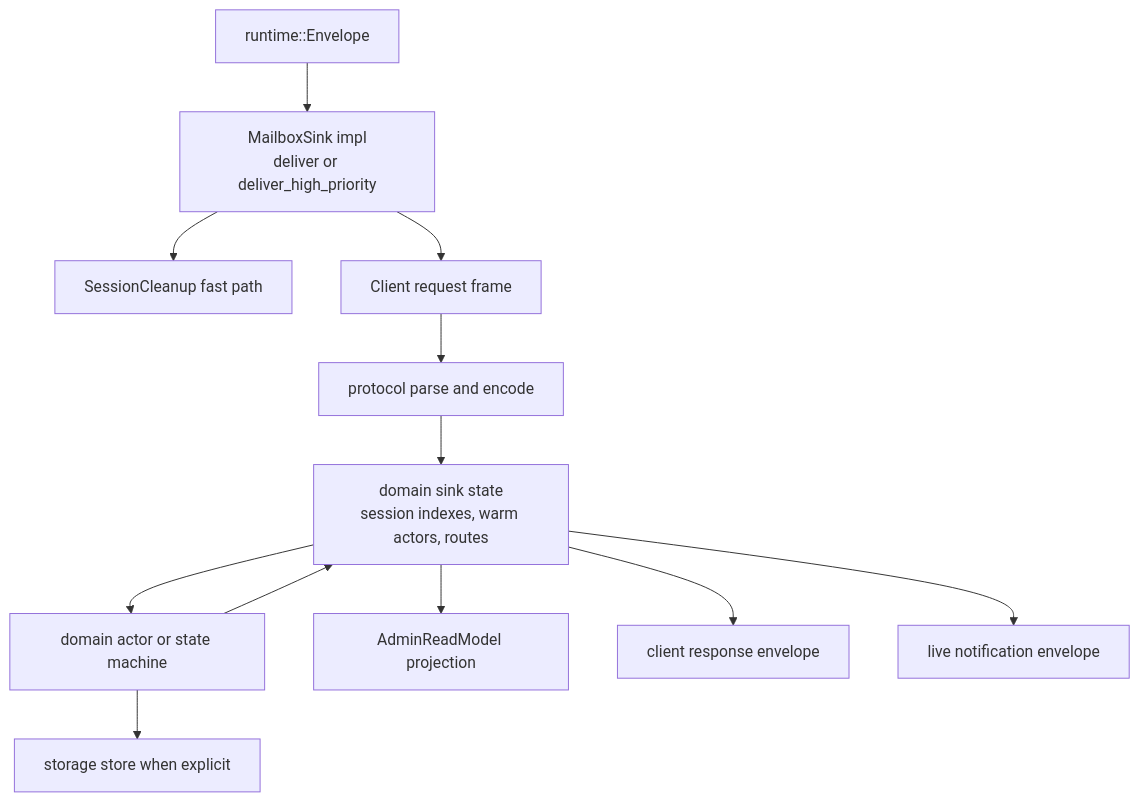
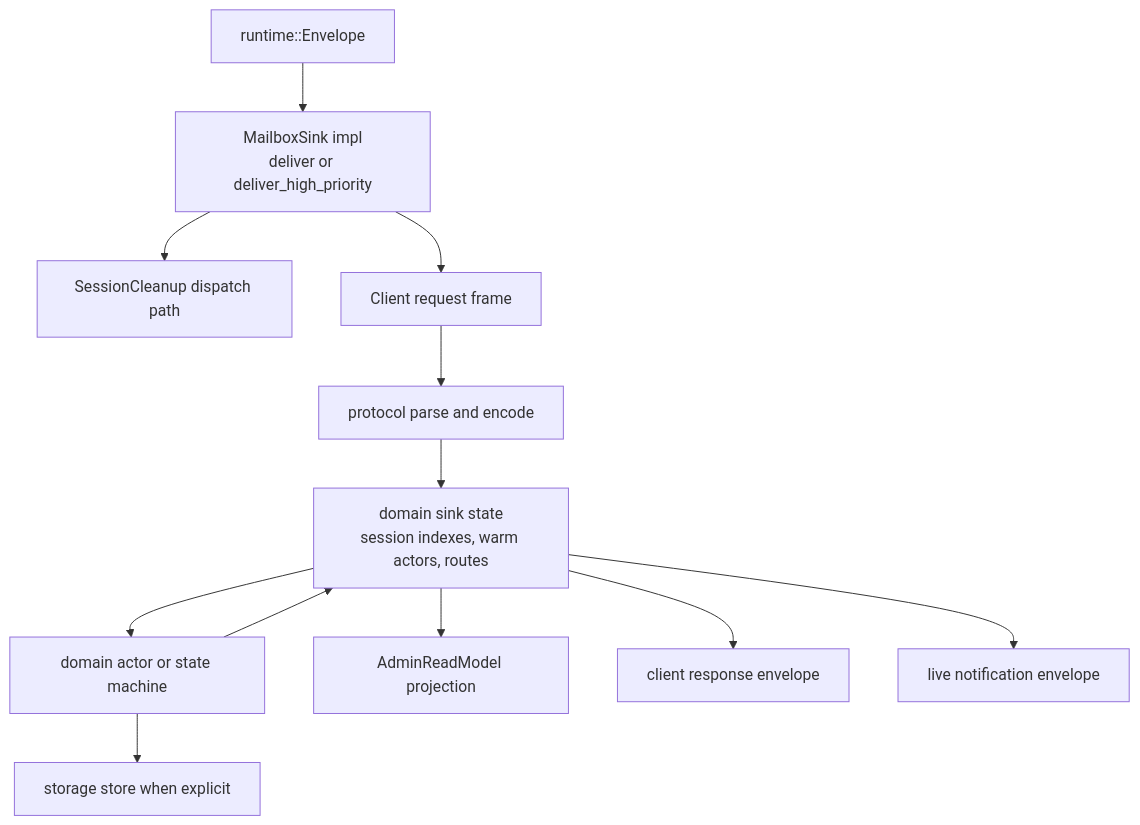
One commit to cntryl/fitz changed the first of 4 diagrams in docs/development/code-architecture-domain-patterns.md. Above: the diagram before and after it, drawn with Mermaid. The commit also changed 111 other files, not shown here.

````diff
--- a/docs/development/code-architecture-domain-patterns.md
+++ b/docs/development/code-architecture-domain-patterns.md
@@ -11,25 +11,25 @@
 ```mermaid
 flowchart TB
     ENVELOPE["runtime::Envelope"]
     MAILBOX["MailboxSink impl<br/>deliver or deliver_high_priority"]
-    CLEANUP["SessionCleanup fast path"]
+    CLEANUP["SessionCleanup dispatch path"]
     REQUEST["Client request frame"]
     CODEC["protocol parse and encode"]
     SINKSTATE["domain sink state<br/>session indexes, warm actors, routes"]
     ACTOR["domain actor or state machine"]
     STORE["storage store when explicit"]
     ADMIN["AdminReadModel projection"]
     RESPONSE["client response envelope"]
     NOTIFY["live notification envelope"]
 
     ENVELOPE --> MAILBOX
     MAILBOX --> CLEANUP
     MAILBOX --> REQUEST
     REQUEST --> CODEC --> SINKSTATE
     SINKSTATE --> ACTOR
     ACTOR --> STORE
     ACTOR --> SINKSTATE
     SINKSTATE --> ADMIN
     SINKSTATE --> RESPONSE
     SINKSTATE --> NOTIFY
 ```
````
